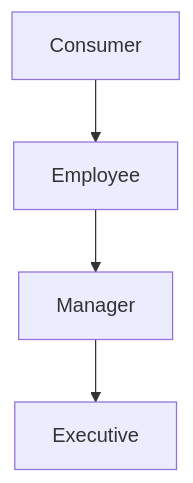
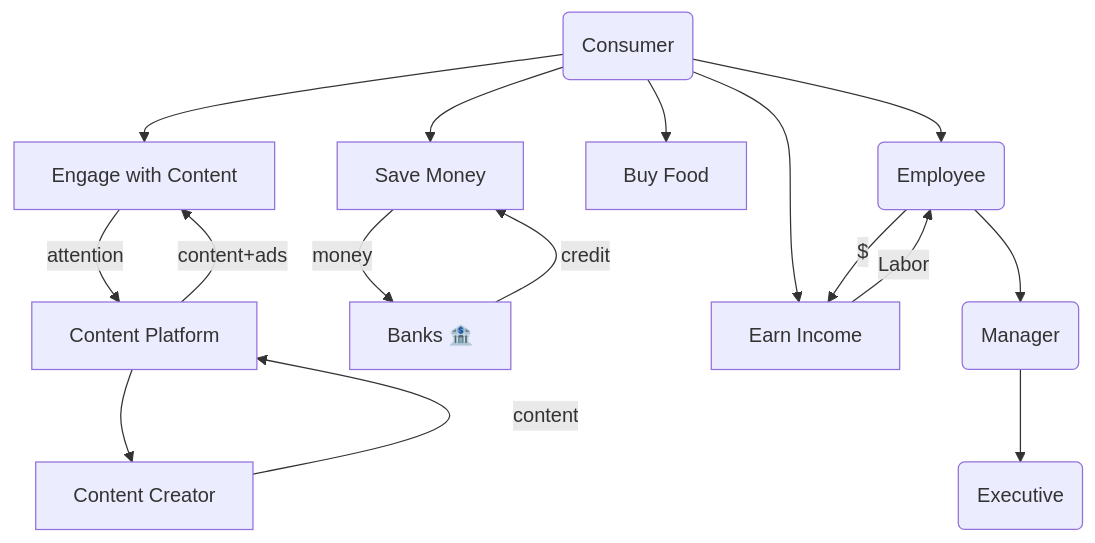
Before and after one commit to TSampley/TSampley.github.io: the diagram in science/economics/currency-graph.md, drawn with Mermaid. The commit also changed 1 other file, not shown here.

Commit message:
Start currency graph

````diff
--- a/science/economics/currency-graph.md
+++ b/science/economics/currency-graph.md
@@ -10,13 +10,30 @@
 ```mermaid
 
 graph TD
-    cons[Consumer]
-    empl[Employee]
-    mngr[Manager]
-    exec[Executive]
+    cons(Consumer)
+    empl(Employee)
+    mngr(Manager)
+    exec(Executive)
 
     cons --> empl
     empl --> mngr
-    mngr --> exec    
+    mngr --> exec
 
+    cons --> save[Save Money]
+    save --money--> bank[Banks 🏦]
+    bank --credit--> save
+
+    cons --> earn[Earn Income]
+
+    earn --"Labor"--> empl
+    empl --"$"--> earn
+
+    cons --> buy[Buy Food]
+    cons --> engage[Engage with Content]
+
+    engage --attention--> platform[Content Platform]
+    platform --"content+ads"--> engage
+
+    platform --> creator[Content Creator]
+    creator --content--> platform
 ```
````
